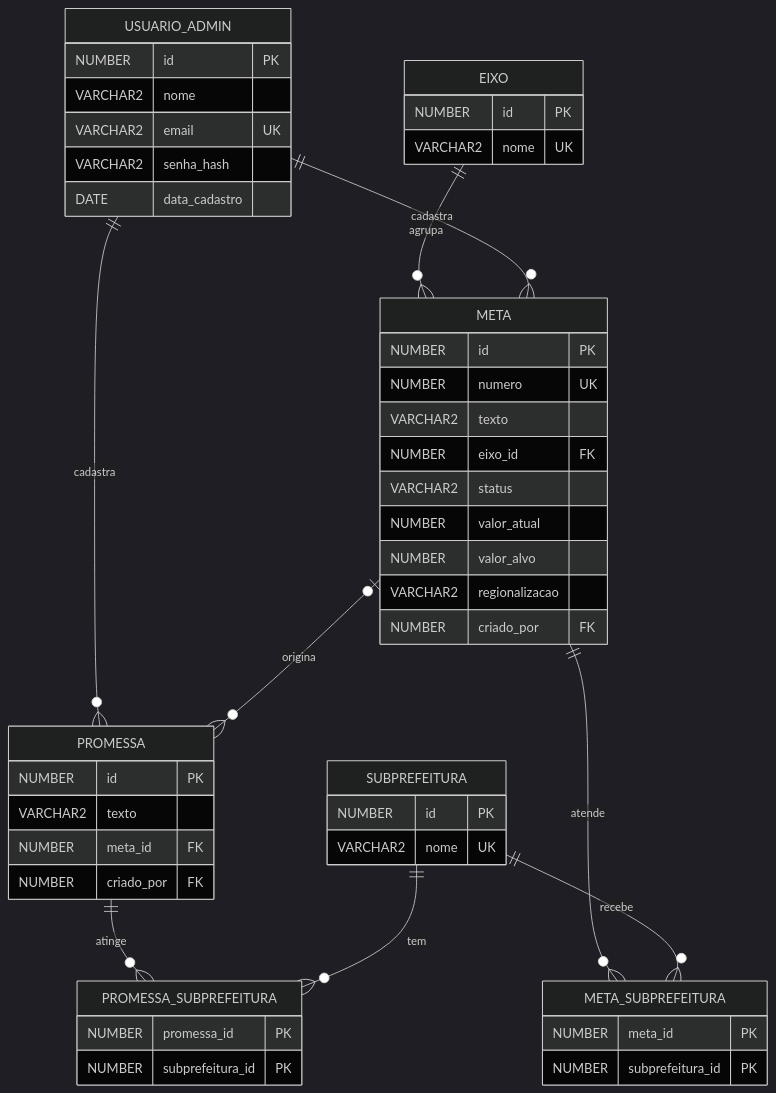
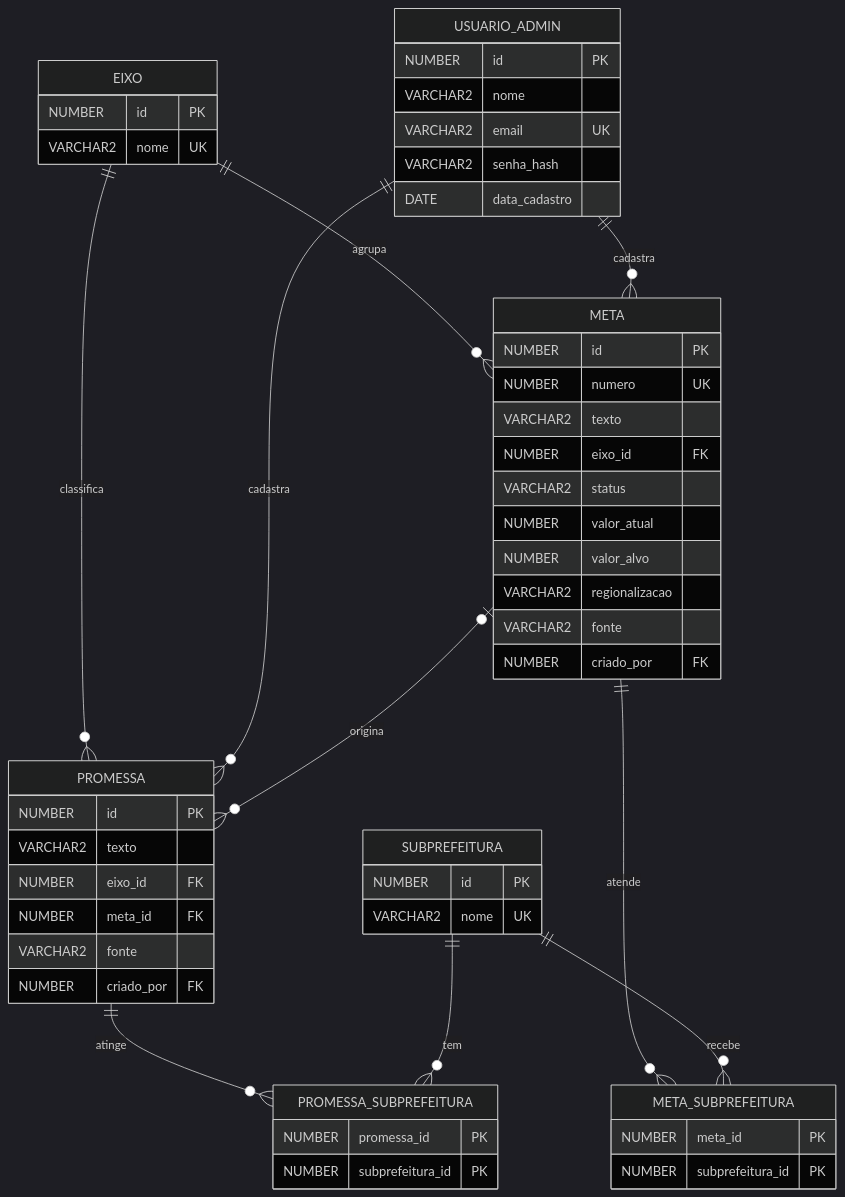
The third of 3 diagrams in docs/DOCUMENTACAO_TECNICA.md (ArthurDev4/pra-todos-sp-java), drawn with Mermaid (dark theme) before and after one commit. The commit also changed other lines of this file and 46 other files, not shown here.

````diff
--- a/docs/DOCUMENTACAO_TECNICA.md
+++ b/docs/DOCUMENTACAO_TECNICA.md
@@ -150,18 +154,19 @@
 ```mermaid
 erDiagram
     USUARIO_ADMIN { NUMBER id PK  VARCHAR2 nome  VARCHAR2 email UK  VARCHAR2 senha_hash  DATE data_cadastro }
     EIXO { NUMBER id PK  VARCHAR2 nome UK }
     SUBPREFEITURA { NUMBER id PK  VARCHAR2 nome UK }
-    META { NUMBER id PK  NUMBER numero UK  VARCHAR2 texto  NUMBER eixo_id FK  VARCHAR2 status  NUMBER valor_atual  NUMBER valor_alvo  VARCHAR2 regionalizacao  NUMBER criado_por FK }
-    PROMESSA { NUMBER id PK  VARCHAR2 texto  NUMBER meta_id FK  NUMBER criado_por FK }
+    META { NUMBER id PK  NUMBER numero UK  VARCHAR2 texto  NUMBER eixo_id FK  VARCHAR2 status  NUMBER valor_atual  NUMBER valor_alvo  VARCHAR2 regionalizacao  VARCHAR2 fonte  NUMBER criado_por FK }
+    PROMESSA { NUMBER id PK  VARCHAR2 texto  NUMBER eixo_id FK  NUMBER meta_id FK  VARCHAR2 fonte  NUMBER criado_por FK }
     META_SUBPREFEITURA { NUMBER meta_id PK  NUMBER subprefeitura_id PK }
     PROMESSA_SUBPREFEITURA { NUMBER promessa_id PK  NUMBER subprefeitura_id PK }
     EIXO ||--o{ META : agrupa
+    EIXO ||--o{ PROMESSA : classifica
     USUARIO_ADMIN ||--o{ META : cadastra
     USUARIO_ADMIN ||--o{ PROMESSA : cadastra
     META |o--o{ PROMESSA : origina
     META ||--o{ META_SUBPREFEITURA : atende
     SUBPREFEITURA ||--o{ META_SUBPREFEITURA : recebe
     PROMESSA ||--o{ PROMESSA_SUBPREFEITURA : atinge
     SUBPREFEITURA ||--o{ PROMESSA_SUBPREFEITURA : tem
 ```
````
